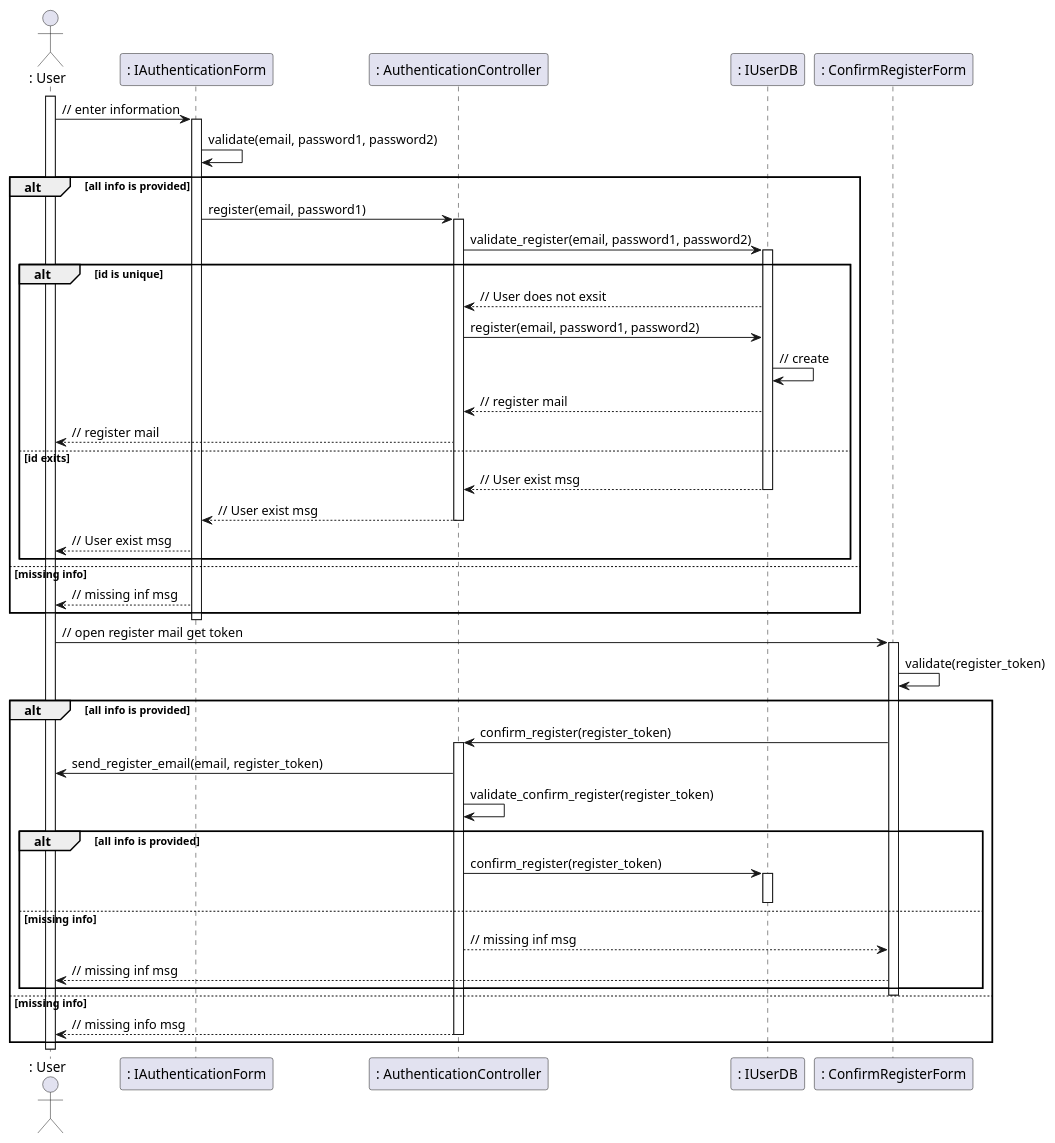
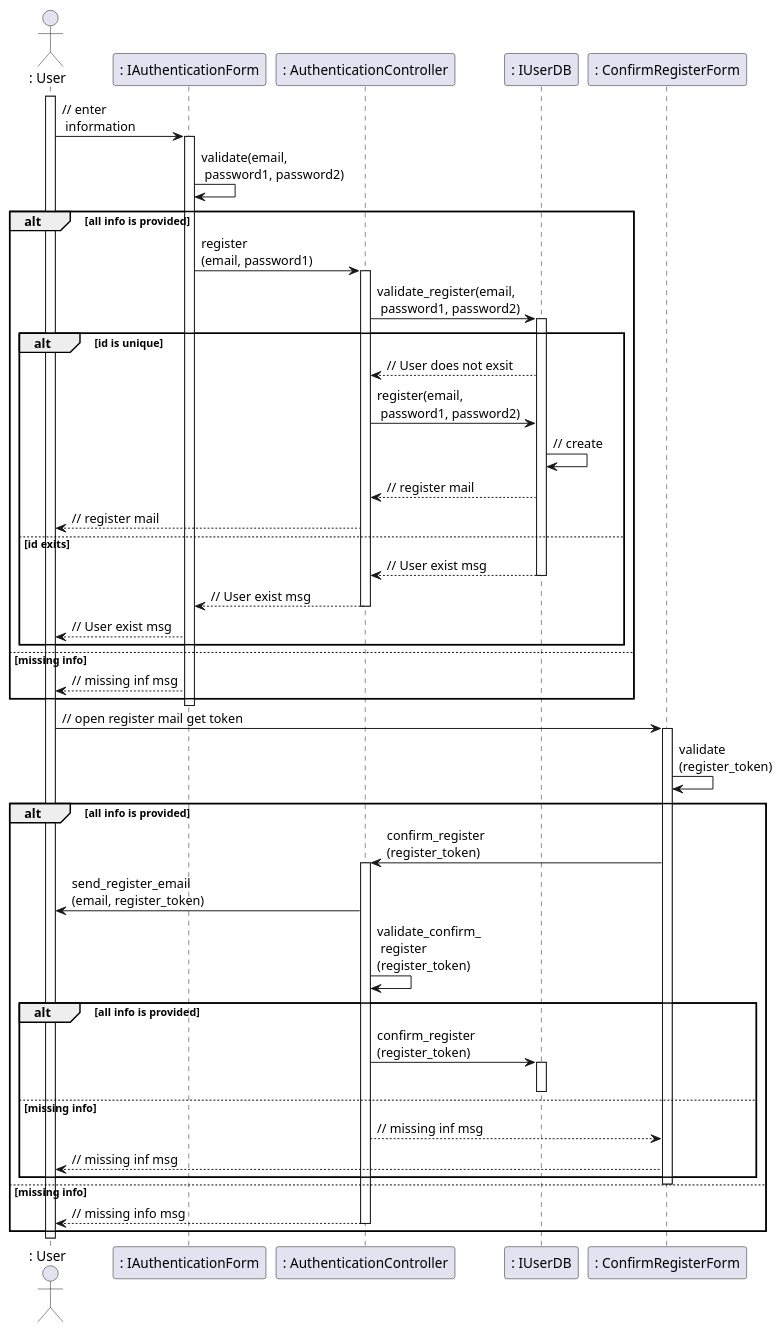
One commit to anonyhostvn/OOAD-Diagram changed the diagram in sequence - design/authentication/register.plantuml. Above: the diagram before and after it, drawn with PlantUML. The commit also changed 6 other files, not shown here.

```diff
--- a/sequence - design/authentication/register.plantuml
+++ b/sequence - design/authentication/register.plantuml
@@ -1,69 +1,69 @@
 @startuml
 actor ": User"
 
 activate ": User"
-": User" -> ": IAuthenticationForm" : // enter information
+": User" -> ": IAuthenticationForm" : // enter \n information
 activate ": IAuthenticationForm"
-": IAuthenticationForm" -> ": IAuthenticationForm" : validate(email, password1, password2)
+": IAuthenticationForm" -> ": IAuthenticationForm" : validate(email,\n password1, password2)
 
 alt all info is provided
 
-": IAuthenticationForm" -> ": AuthenticationController" : register(email, password1)
+": IAuthenticationForm" -> ": AuthenticationController" : register\n(email, password1)
 activate ": AuthenticationController"
-": AuthenticationController" -> ": IUserDB" : validate_register(email, password1, password2)
+": AuthenticationController" -> ": IUserDB" : validate_register(email,\n password1, password2)
 activate ": IUserDB"
 
 alt id is unique
 
 ": IUserDB" --> ": AuthenticationController" : // User does not exsit
-": AuthenticationController" -> ": IUserDB" : register(email, password1, password2)
+": AuthenticationController" -> ": IUserDB" : register(email,\n password1, password2)
 ": IUserDB" -> ": IUserDB" :  // create
 ": IUserDB" --> ": AuthenticationController" : // register mail
 ": AuthenticationController" --> ": User" : // register mail
 
 else id exits
 
 ": IUserDB" --> ": AuthenticationController" : // User exist msg
 deactivate ": IUserDB"
 ": AuthenticationController" --> ": IAuthenticationForm" : // User exist msg
 deactivate ": AuthenticationController"
 ": IAuthenticationForm" --> ": User" : // User exist msg
 end
 
 else missing info
 
 ": IAuthenticationForm" --> ": User" : // missing inf msg
 
 end
 deactivate ": IAuthenticationForm"
 ": User" -> ": ConfirmRegisterForm" : // open register mail get token
 activate ": ConfirmRegisterForm"
-": ConfirmRegisterForm" -> ": ConfirmRegisterForm" : validate(register_token)
+": ConfirmRegisterForm" -> ": ConfirmRegisterForm" : validate \n(register_token)
 
 alt all info is provided
 
-": ConfirmRegisterForm" -> ": AuthenticationController" : confirm_register(register_token)
+": ConfirmRegisterForm" -> ": AuthenticationController" : confirm_register \n(register_token)
 activate ": AuthenticationController"
-": AuthenticationController" -> ": User" : send_register_email(email, register_token)
-": AuthenticationController" -> ": AuthenticationController" : validate_confirm_register(register_token)
+": AuthenticationController" -> ": User" : send_register_email\n(email, register_token)
+": AuthenticationController" -> ": AuthenticationController" : validate_confirm_ \n register\n(register_token)
 
 alt all info is provided
 
-": AuthenticationController" -> ": IUserDB" : confirm_register(register_token)
+": AuthenticationController" -> ": IUserDB" : confirm_register \n(register_token)
 activate ": IUserDB"
 deactivate ": IUserDB"
 else missing info
 
 ": AuthenticationController" --> ": ConfirmRegisterForm" : // missing inf msg
 ": ConfirmRegisterForm" --> ": User" : // missing inf msg
 
 end
 deactivate ": ConfirmRegisterForm"
 
 else missing info
 
 ": AuthenticationController" --> ": User" : // missing info msg
 deactivate ": AuthenticationController"
 end
 deactivate ": User"
 @enduml
```
